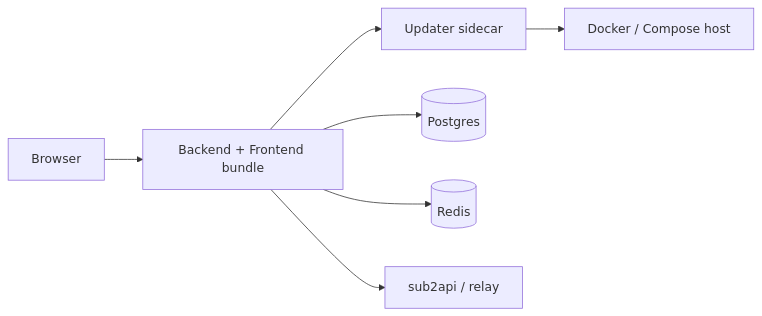
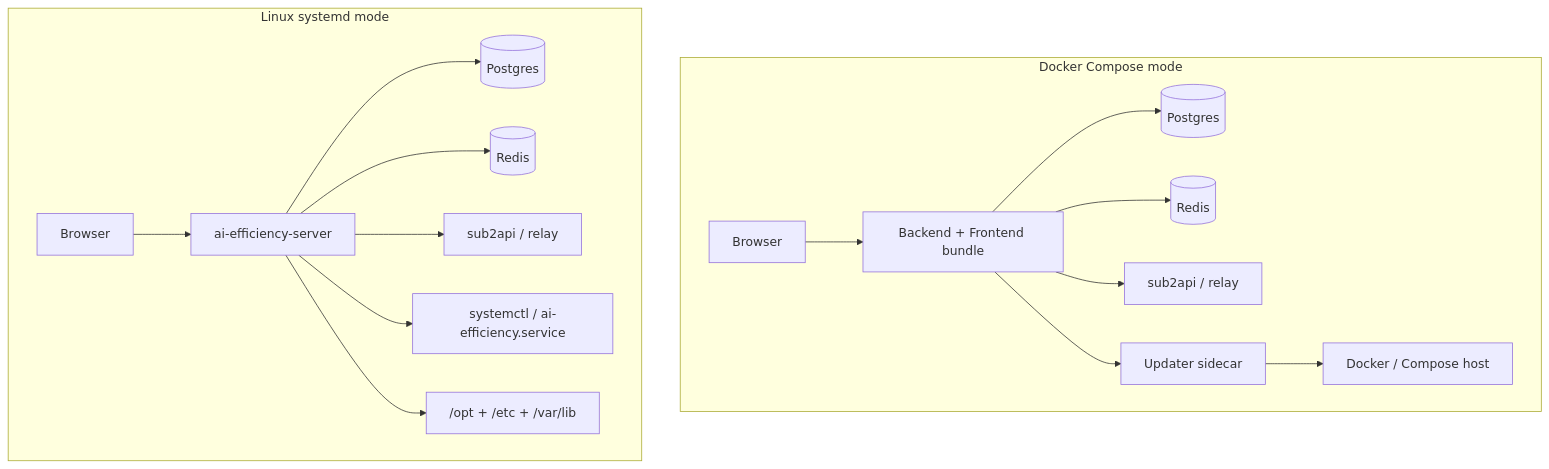
Before and after one commit to LichKing-2234/ai-efficiency: the second of 4 diagrams in docs/architecture.md, drawn with Mermaid. The commit also changed other lines of this file and 27 other files, not shown here.

First line of the commit message:
feat(deploy): add systemd self-update mode (#5)

````diff
--- a/docs/architecture.md
+++ b/docs/architecture.md
@@ -62,17 +63,36 @@
 ```mermaid
-flowchart LR
+flowchart TD
+    subgraph Compose["Docker Compose mode"]
     Browser["Browser"]
     Backend["Backend + Frontend bundle"]
     Updater["Updater sidecar"]
     DB[("Postgres")]
     Redis[("Redis")]
     Relay["sub2api / relay"]
     DockerHost["Docker / Compose host"]
 
     Browser --> Backend
     Backend --> DB
     Backend --> Redis
     Backend --> Relay
     Backend --> Updater
     Updater --> DockerHost
+    end
+
+    subgraph Systemd["Linux systemd mode"]
+    Browser2["Browser"]
+    Backend2["ai-efficiency-server"]
+    Systemctl["systemctl / ai-efficiency.service"]
+    FS["/opt + /etc + /var/lib"]
+    Relay2["sub2api / relay"]
+    DB2[("Postgres")]
+    Redis2[("Redis")]
+
+    Browser2 --> Backend2
+    Backend2 --> DB2
+    Backend2 --> Redis2
+    Backend2 --> Relay2
+    Backend2 --> Systemctl
+    Backend2 --> FS
+    end
 ```
````
